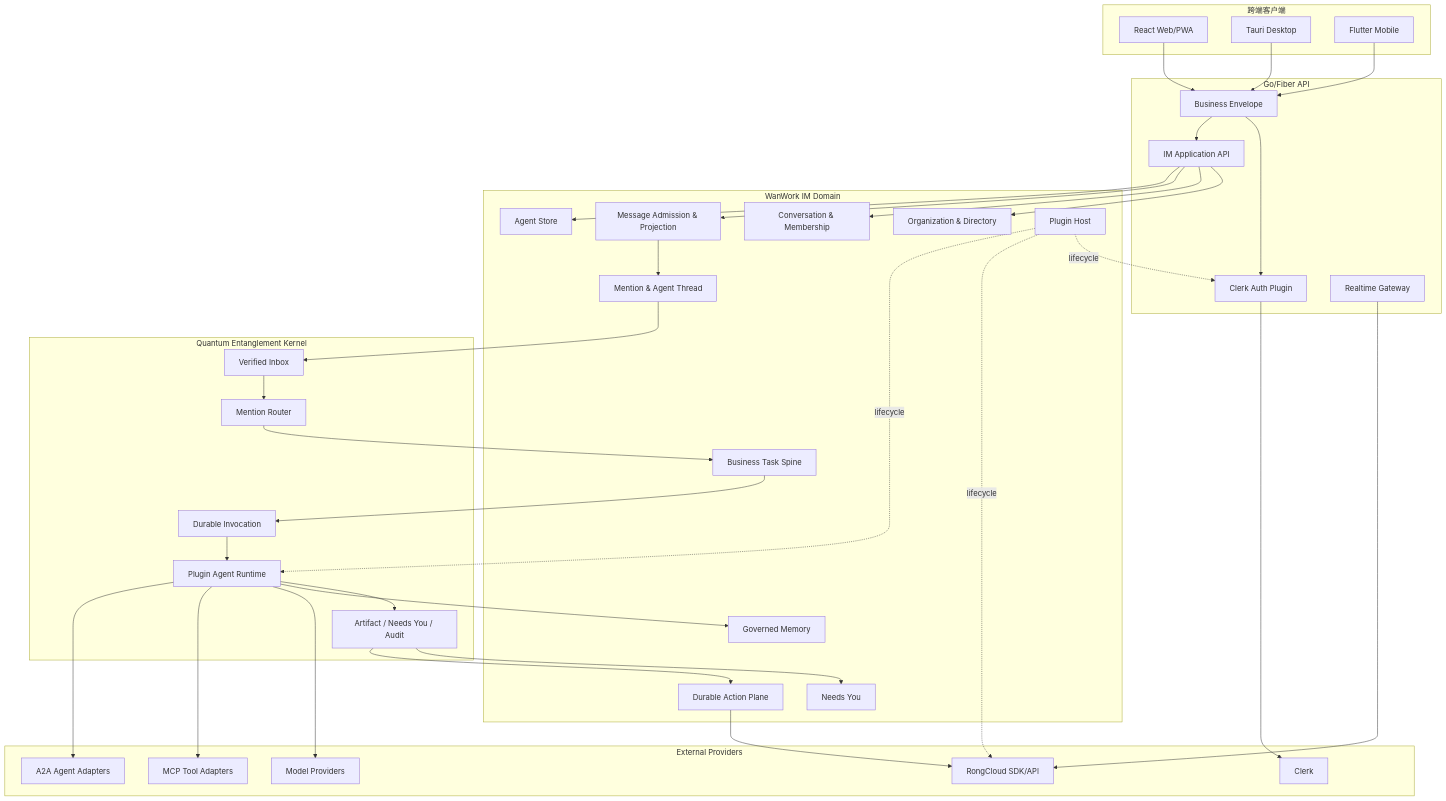
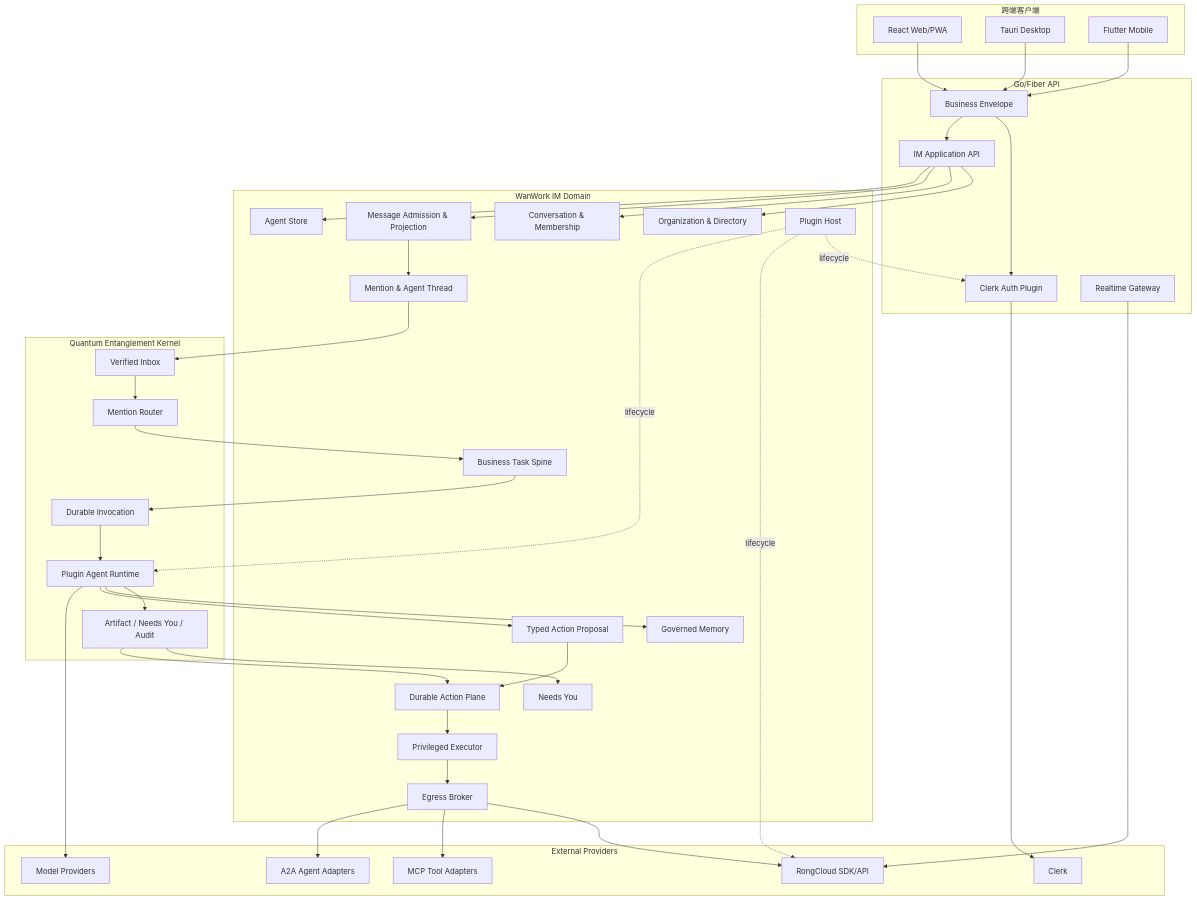
The first of 3 diagrams in docs/wanwork_im/ARCHITECTURE.md (huapohen/quantum-entanglement), drawn with Mermaid before and after one commit. The commit also changed other lines of this file and 3 other files, not shown here.

````diff
--- a/docs/wanwork_im/ARCHITECTURE.md
+++ b/docs/wanwork_im/ARCHITECTURE.md
@@ -25,73 +27,80 @@
 ```mermaid
 flowchart TB
     subgraph Clients[跨端客户端]
       Web[React Web/PWA]
       Desktop[Tauri Desktop]
       Mobile[Flutter Mobile]
     end
 
     subgraph Edge[Go/Fiber API]
       Envelope[Business Envelope]
       Auth[Clerk Auth Plugin]
       Realtime[Realtime Gateway]
       IMAPI[IM Application API]
     end
 
     subgraph Core[WanWork IM Domain]
       Org[Organization & Directory]
       Conv[Conversation & Membership]
       Msg[Message Admission & Projection]
       Store[Agent Store]
       Thread[Mention & Agent Thread]
       Task[Business Task Spine]
       Attention[Needs You]
       Memory[Governed Memory]
+      Proposal[Typed Action Proposal]
       Action[Durable Action Plane]
+      Executor[Privileged Executor]
+      Egress[Egress Broker]
       Plugins[Plugin Host]
     end
 
     subgraph QE[Quantum Entanglement Kernel]
       Inbox[Verified Inbox]
       Router[Mention Router]
       Invocation[Durable Invocation]
       Runtime[Plugin Agent Runtime]
       Artifact[Artifact / Needs You / Audit]
     end
 
     subgraph Providers[External Providers]
       Clerk[Clerk]
       Rong[RongCloud SDK/API]
       Models[Model Providers]
       Tools[MCP Tool Adapters]
       Peers[A2A Agent Adapters]
     end
 
     Web --> Envelope
     Desktop --> Envelope
     Mobile --> Envelope
     Envelope --> Auth
     Auth --> Clerk
     Envelope --> IMAPI
     IMAPI --> Org
     IMAPI --> Conv
     IMAPI --> Msg
     IMAPI --> Store
     Msg --> Thread
     Thread --> Inbox
     Inbox --> Router
     Router --> Task
     Task --> Invocation
     Invocation --> Runtime
     Runtime --> Artifact
     Runtime --> Memory
+    Runtime --> Proposal
     Artifact --> Attention
     Artifact --> Action
-    Action --> Rong
+    Proposal --> Action
+    Action --> Executor
+    Executor --> Egress
+    Egress --> Rong
+    Egress --> Tools
+    Egress --> Peers
     Realtime --> Rong
     Runtime --> Models
-    Runtime --> Tools
-    Runtime --> Peers
     Plugins -. lifecycle .-> Auth
     Plugins -. lifecycle .-> Rong
     Plugins -. lifecycle .-> Runtime
 ```
````
